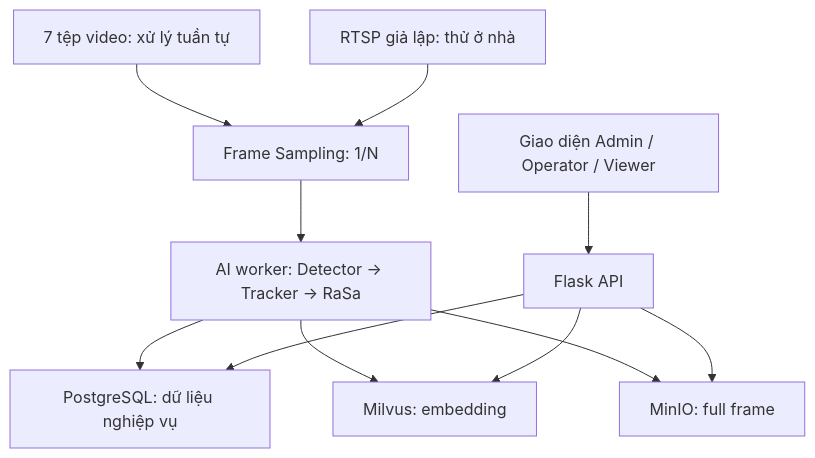
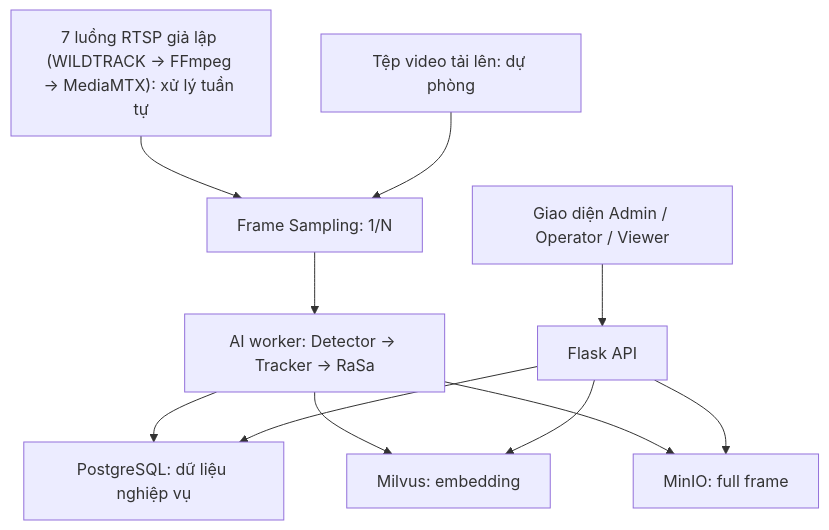
One commit to huy-nguyencong/capstone_project_new changed the first of 2 diagrams in files/architect.md. Above: the diagram before and after it, drawn with Mermaid. The commit also changed other lines of this file and 32 other files, not shown here.

````diff
--- a/files/architect.md
+++ b/files/architect.md
@@ -58,13 +62,13 @@
 ```mermaid
 flowchart TD
-    S["7 tệp video: xử lý tuần tự"] --> Q["Frame Sampling: 1/N"]
-    R["RTSP giả lập: thử ở nhà"] --> Q
+    R["7 luồng RTSP giả lập (WILDTRACK → FFmpeg → MediaMTX): xử lý tuần tự"] --> Q["Frame Sampling: 1/N"]
+    S["Tệp video tải lên: dự phòng"] --> Q
     Q --> W["AI worker: Detector → Tracker → RaSa"]
     W --> D["PostgreSQL: dữ liệu nghiệp vụ"]
     W --> V["Milvus: embedding"]
     W --> F["MinIO: full frame"]
     UI["Giao diện Admin / Operator / Viewer"] --> A["Flask API"]
     A --> D
     A --> V
     A --> F
 ```
````
